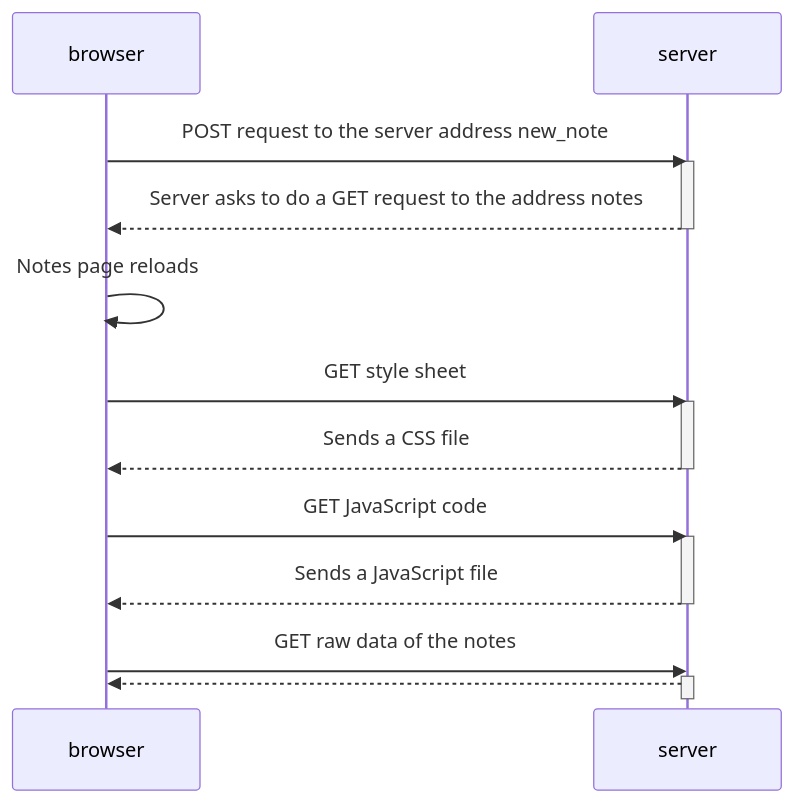
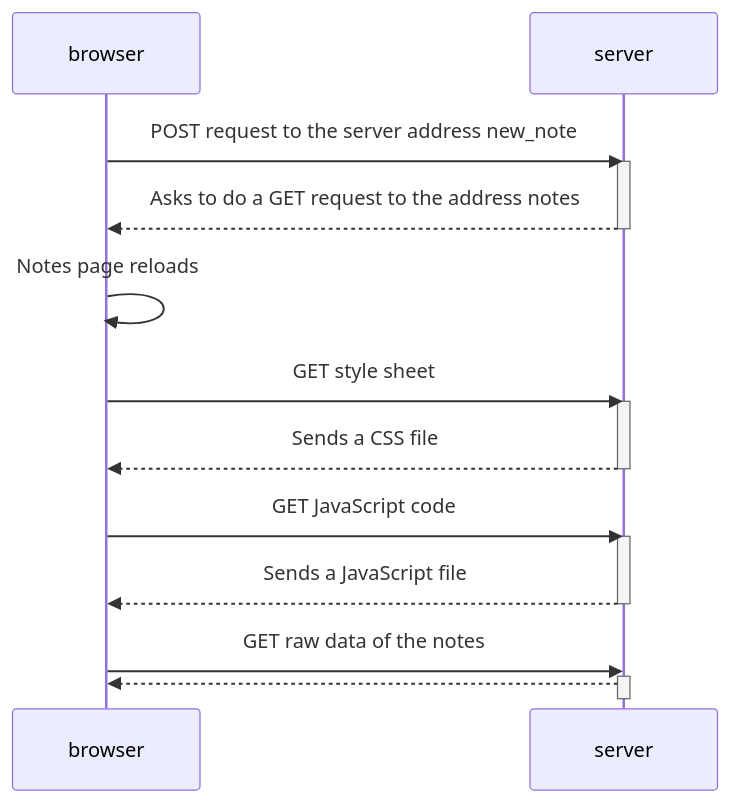
Before and after one commit to early-dew/FullStackOpen: the diagram in Part0.md, drawn with Mermaid.

````diff
--- a/Part0.md
+++ b/Part0.md
@@ -1,22 +1,22 @@
 ```mermaid
 sequenceDiagram
  participant browser
  participant server
  browser->>server: POST request to the server address new_note
  activate server
- server-->>browser:  Server asks to do a GET request to the address notes
+ server-->>browser:  Asks to do a GET request to the address notes
  deactivate server
  browser->>browser: Notes page reloads
  browser->>server: GET style sheet
  activate server
  server-->>browser: Sends a CSS file
  deactivate server
  browser->>server: GET JavaScript code
  activate server
  server-->>browser: Sends a JavaScript file
  deactivate server
  browser->>server: GET raw data of the notes
  activate server
  server-->>browser: 
  deactivate server
 ```
````
